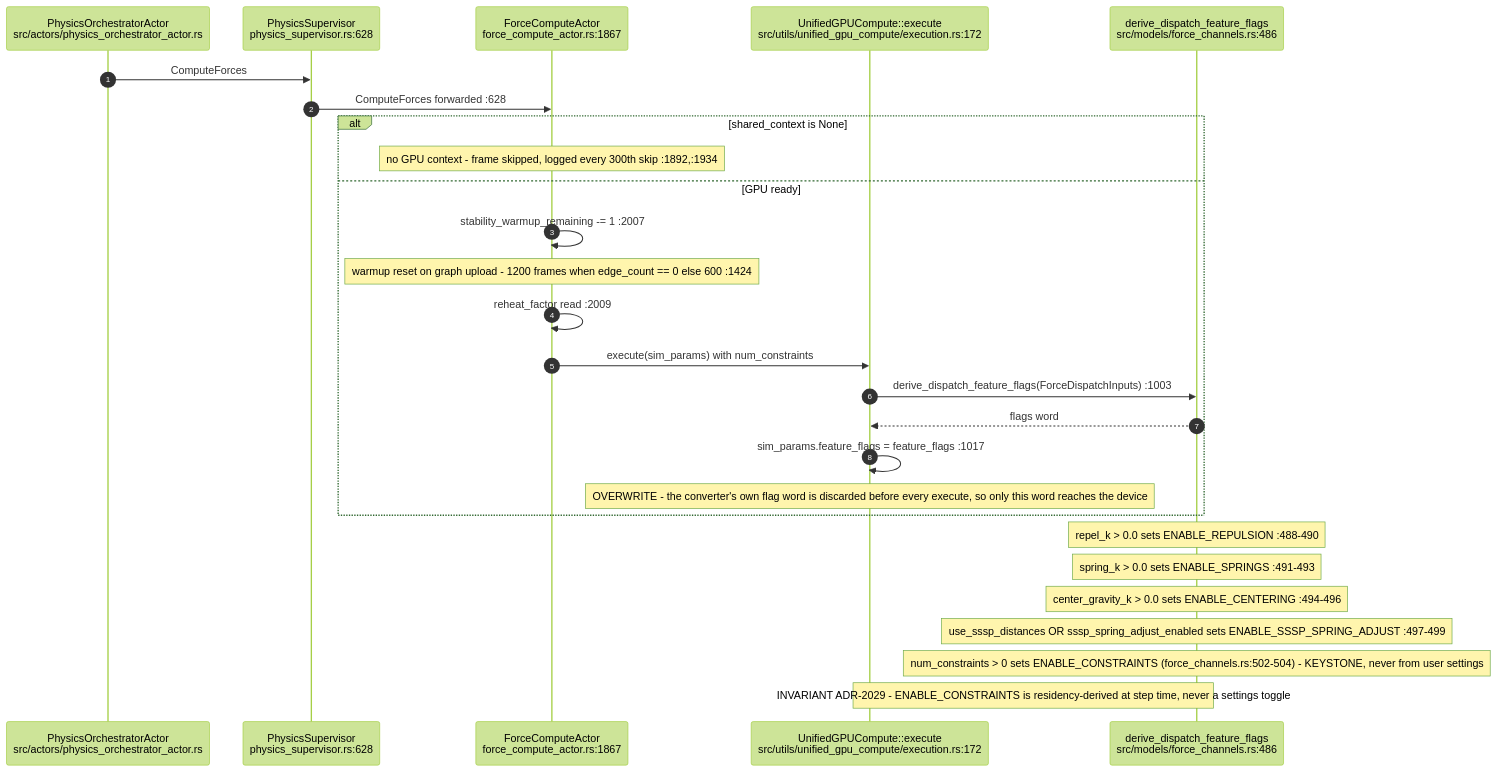
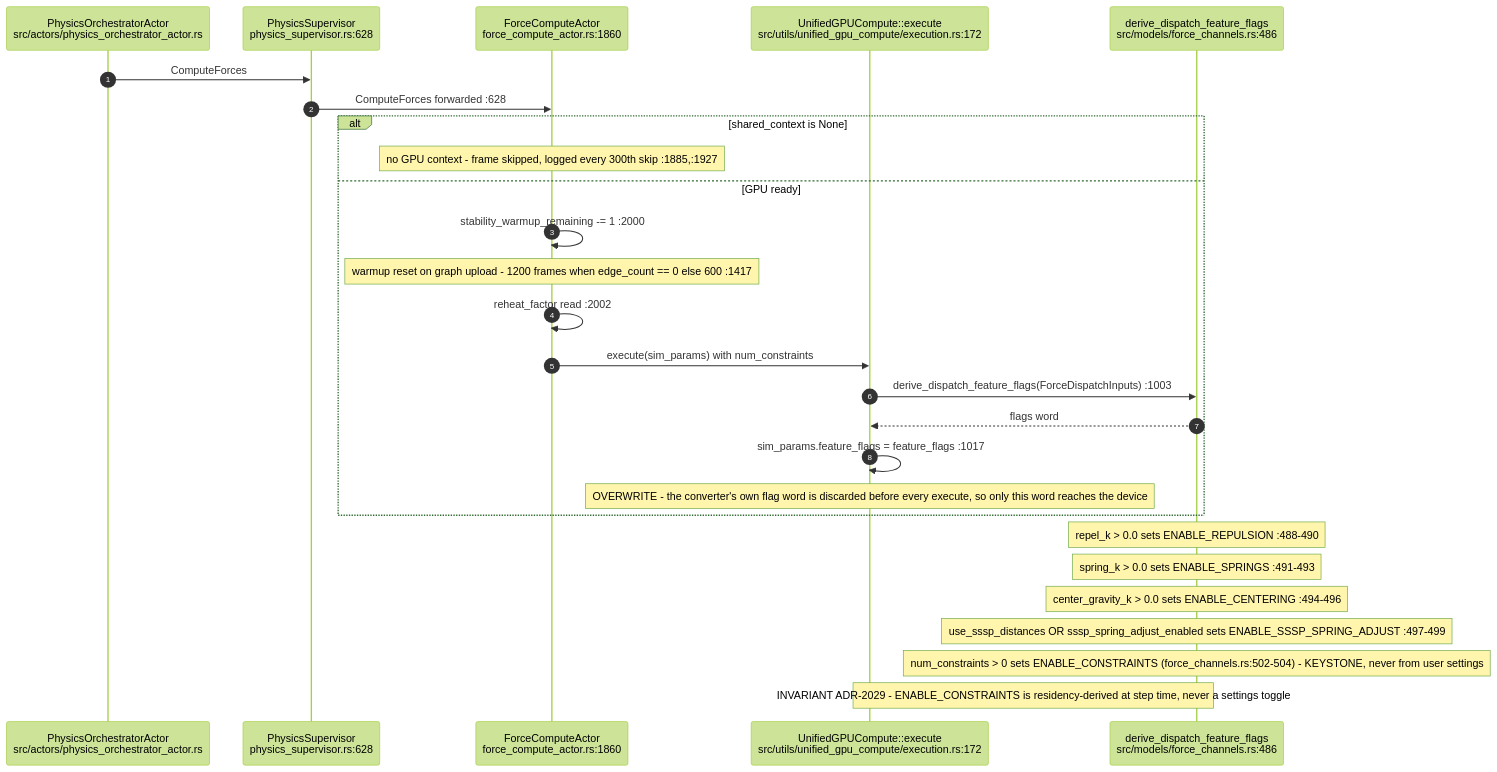
Before and after one commit to DreamLab-AI/VisionFlow: the first of 8 diagrams in docs/diagrams/visionclaw/11-physics-step-and-force-channels.md, drawn with Mermaid (forest theme). The commit also changed other lines of this file and 94 other files, not shown here.

First line of the commit message:
docs(diagrams): re-verify 130 topics against 2 October HEADs

````diff
--- a/docs/diagrams/visionclaw/11-physics-step-and-force-channels.md
+++ b/docs/diagrams/visionclaw/11-physics-step-and-force-channels.md
@@ -30,30 +32,30 @@
 ```mermaid
 sequenceDiagram
     autonumber
     participant PO as PhysicsOrchestratorActor<br/>src/actors/physics_orchestrator_actor.rs
     participant PS as PhysicsSupervisor<br/>physics_supervisor.rs:628
-    participant FCA as ForceComputeActor<br/>force_compute_actor.rs:1867
+    participant FCA as ForceComputeActor<br/>force_compute_actor.rs:1860
     participant EX as UnifiedGPUCompute::execute<br/>src/utils/unified_gpu_compute/execution.rs:172
     participant FC as derive_dispatch_feature_flags<br/>src/models/force_channels.rs:486
 
     PO->>PS: ComputeForces
     PS->>FCA: ComputeForces forwarded :628
     alt shared_context is None
-        Note over FCA: no GPU context - frame skipped, logged every 300th skip :1892,:1934
+        Note over FCA: no GPU context - frame skipped, logged every 300th skip :1885,:1927
     else GPU ready
-        FCA->>FCA: stability_warmup_remaining -= 1 :2007
-        Note over FCA: warmup reset on graph upload - 1200 frames when edge_count == 0 else 600 :1424
-        FCA->>FCA: reheat_factor read :2009
+        FCA->>FCA: stability_warmup_remaining -= 1 :2000
+        Note over FCA: warmup reset on graph upload - 1200 frames when edge_count == 0 else 600 :1417
+        FCA->>FCA: reheat_factor read :2002
         FCA->>EX: execute(sim_params) with num_constraints
         EX->>FC: derive_dispatch_feature_flags(ForceDispatchInputs) :1003
         FC-->>EX: flags word
         EX->>EX: sim_params.feature_flags = feature_flags :1017
         Note over EX: OVERWRITE - the converter's own flag word is discarded before every execute, so only this word reaches the device
     end
     Note over FC: repel_k > 0.0 sets ENABLE_REPULSION :488-490
     Note over FC: spring_k > 0.0 sets ENABLE_SPRINGS :491-493
     Note over FC: center_gravity_k > 0.0 sets ENABLE_CENTERING :494-496
     Note over FC: use_sssp_distances OR sssp_spring_adjust_enabled sets ENABLE_SSSP_SPRING_ADJUST :497-499
     Note over FC: num_constraints > 0 sets ENABLE_CONSTRAINTS (force_channels.rs:502-504) - KEYSTONE, never from user settings
     Note over EX,FC: INVARIANT ADR-2029 - ENABLE_CONSTRAINTS is residency-derived at step time, never a settings toggle
 ```
````
